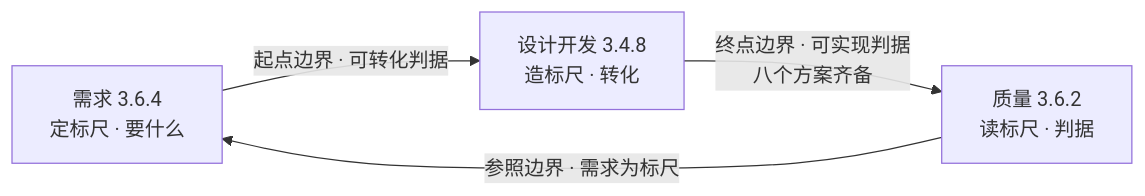
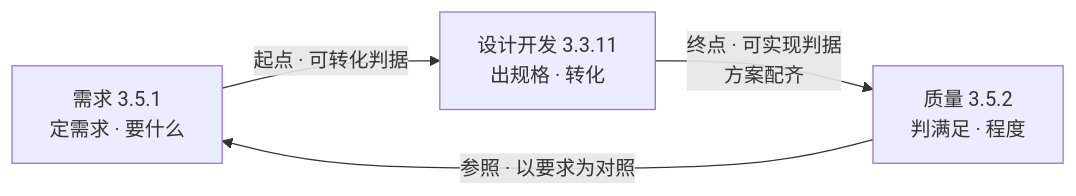
One commit to Yongjunzhou/AOS-system-design changed the diagram in 100-subprojects/01-系统工程研究/03-架构师是个怎样的物种/03-第3章-需求、设计开发、质量-产品开发的核心概念.md. Above: the diagram before and after it, drawn with Mermaid. The commit also changed other lines of this file and 11 other files, not shown here.

````diff
--- a/100-subprojects/01-系统工程研究/03-架构师是个怎样的物种/03-第3章-需求、设计开发、质量-产品开发的核心概念.md
+++ b/100-subprojects/01-系统工程研究/03-架构师是个怎样的物种/03-第3章-需求、设计开发、质量-产品开发的核心概念.md
@@ -700,9 +723,9 @@
 ```mermaid
 flowchart LR
-    R["需求 3.6.4<br/>定标尺 · 要什么"]
-    D["设计开发 3.4.8<br/>造标尺 · 转化"]
-    Q["质量 3.6.2<br/>读标尺 · 判据"]
-    R -->|"起点边界 · 可转化判据"| D
-    D -->|"终点边界 · 可实现判据<br/>八个方案齐备"| Q
-    Q -->|"参照边界 · 需求为标尺"| R
+    R["需求 3.5.1<br/>定需求 · 要什么"]
+    D["设计开发 3.3.11<br/>出规格 · 转化"]
+    Q["质量 3.5.2<br/>判满足 · 程度"]
+    R -->|"起点 · 可转化判据"| D
+    D -->|"终点 · 可实现判据<br/>方案配齐"| Q
+    Q -->|"参照 · 以要求为对照"| R
 ```
````
